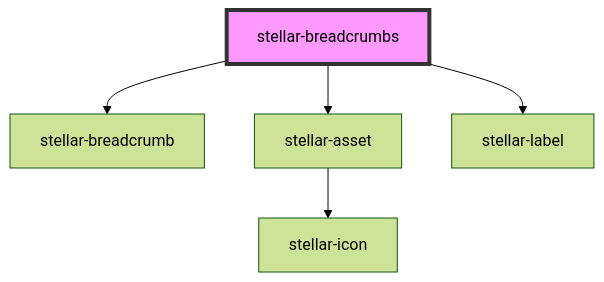
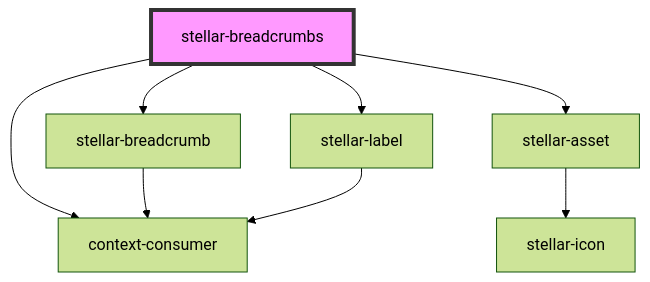
The diagram in src/components/ui/breadcrumbs/readme.md (splitinfinities/Stellar), drawn with Mermaid (forest theme) before and after one commit. The commit also changed other lines of this file and 44 other files, not shown here.

````diff
--- a/src/components/ui/breadcrumbs/readme.md
+++ b/src/components/ui/breadcrumbs/readme.md
@@ -59,8 +61,11 @@
 ```mermaid
 graph TD;
   stellar-breadcrumbs --> stellar-breadcrumb
   stellar-breadcrumbs --> stellar-asset
   stellar-breadcrumbs --> stellar-label
+  stellar-breadcrumbs --> context-consumer
+  stellar-breadcrumb --> context-consumer
   stellar-asset --> stellar-icon
+  stellar-label --> context-consumer
   style stellar-breadcrumbs fill:#f9f,stroke:#333,stroke-width:4px
 ```
````
